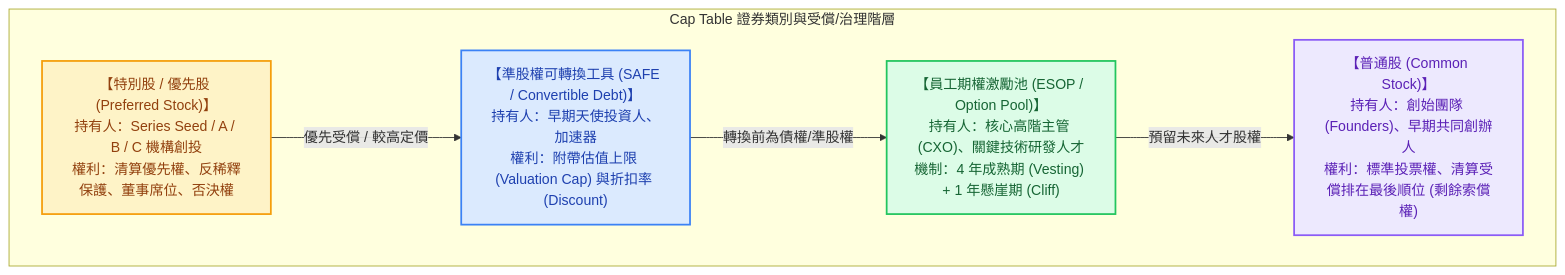
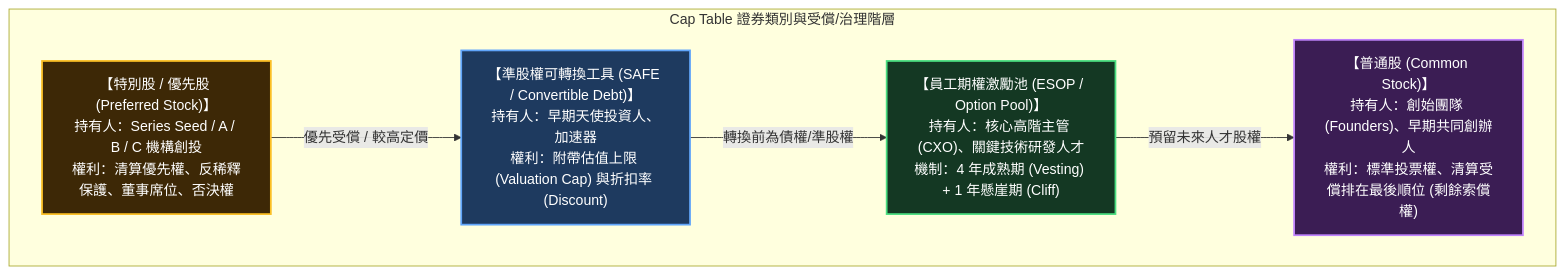
One commit to Jimlin0428/my-digital-garden changed the first of 2 diagrams in src/site/notes/98_商業概念庫/cap-table_股權結構表 Cap Table.md. Above: the diagram before and after it, drawn with Mermaid. The commit also changed other lines of this file and 58 other files, not shown here.

````diff
--- a/src/site/notes/98_商業概念庫/cap-table_股權結構表 Cap Table.md
+++ b/src/site/notes/98_商業概念庫/cap-table_股權結構表 Cap Table.md
@@ -27,18 +27,18 @@
 ```mermaid
 flowchart TD
     subgraph Cap_Table_Hierarchy ["Cap Table 證券類別與受償/治理階層"]
         PS["【特別股 / 優先股 (Preferred Stock)】<br>持有人：Series Seed / A / B / C 機構創投<br>權利：清算優先權、反稀釋保護、董事席位、否決權"]
         SAFE["【準股權可轉換工具 (SAFE / Convertible Debt)】<br>持有人：早期天使投資人、加速器<br>權利：附帶估值上限 (Valuation Cap) 與折扣率 (Discount)"]
         ESOP["【員工期權激勵池 (ESOP / Option Pool)】<br>持有人：核心高階主管 (CXO)、關鍵技術研發人才<br>機制：4 年成熟期 (Vesting) + 1 年懸崖期 (Cliff)"]
         CS["【普通股 (Common Stock)】<br>持有人：創始團隊 (Founders)、早期共同創辦人<br>權利：標準投票權、清算受償排在最後順位 (剩餘索償權)"]
     end
 
     PS -->|優先受償 / 較高定價| SAFE
     SAFE -->|轉換前為債權/準股權| ESOP
     ESOP -->|預留未來人才股權| CS
 
-    style PS fill:#fef3c7,stroke:#f59e0b,stroke-width:2px,color:#92400e
-    style SAFE fill:#dbeafe,stroke:#3b82f6,stroke-width:2px,color:#1e40af
-    style ESOP fill:#dcfce7,stroke:#22c55e,stroke-width:2px,color:#166534
-    style CS fill:#ede9fe,stroke:#8b5cf6,stroke-width:2px,color:#5b21b6
+    style PS fill:#3d2806,stroke:#fbbf24,stroke-width:2px,color:#ffffff
+    style SAFE fill:#1e3a5f,stroke:#60a5fa,stroke-width:2px,color:#ffffff
+    style ESOP fill:#143823,stroke:#4ade80,stroke-width:2px,color:#ffffff
+    style CS fill:#3b1d54,stroke:#c084fc,stroke-width:2px,color:#ffffff
 ```
````
